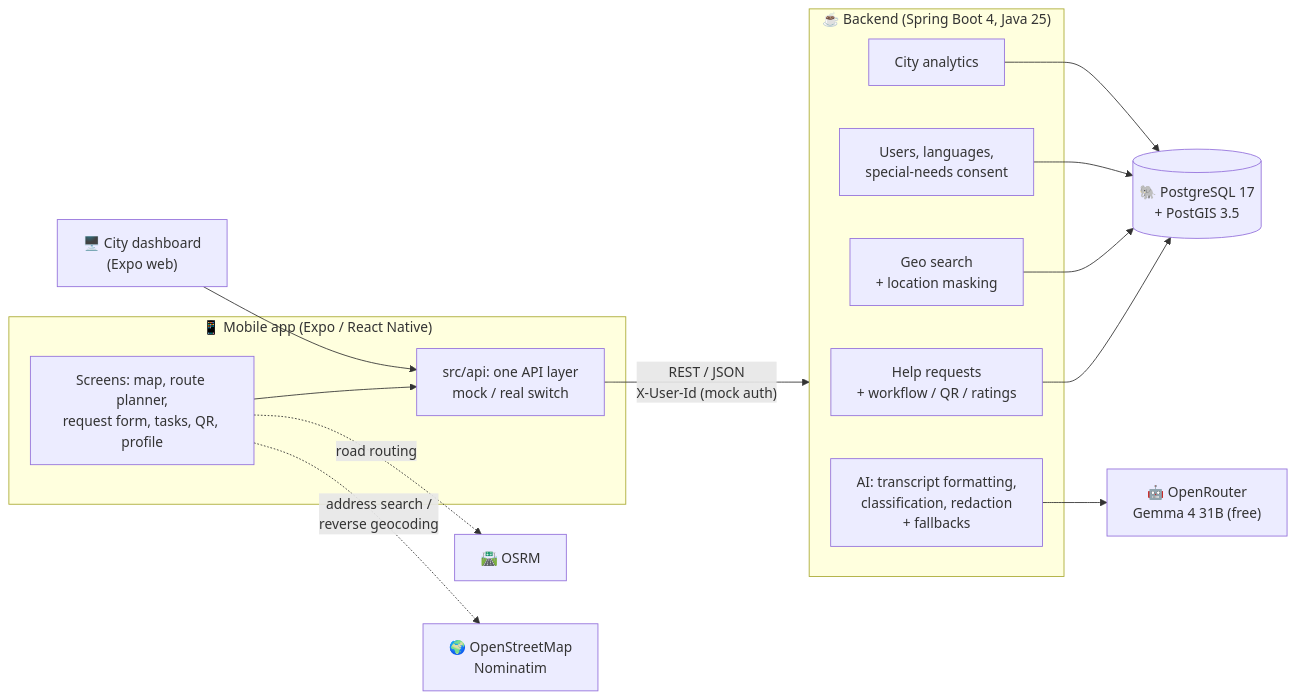
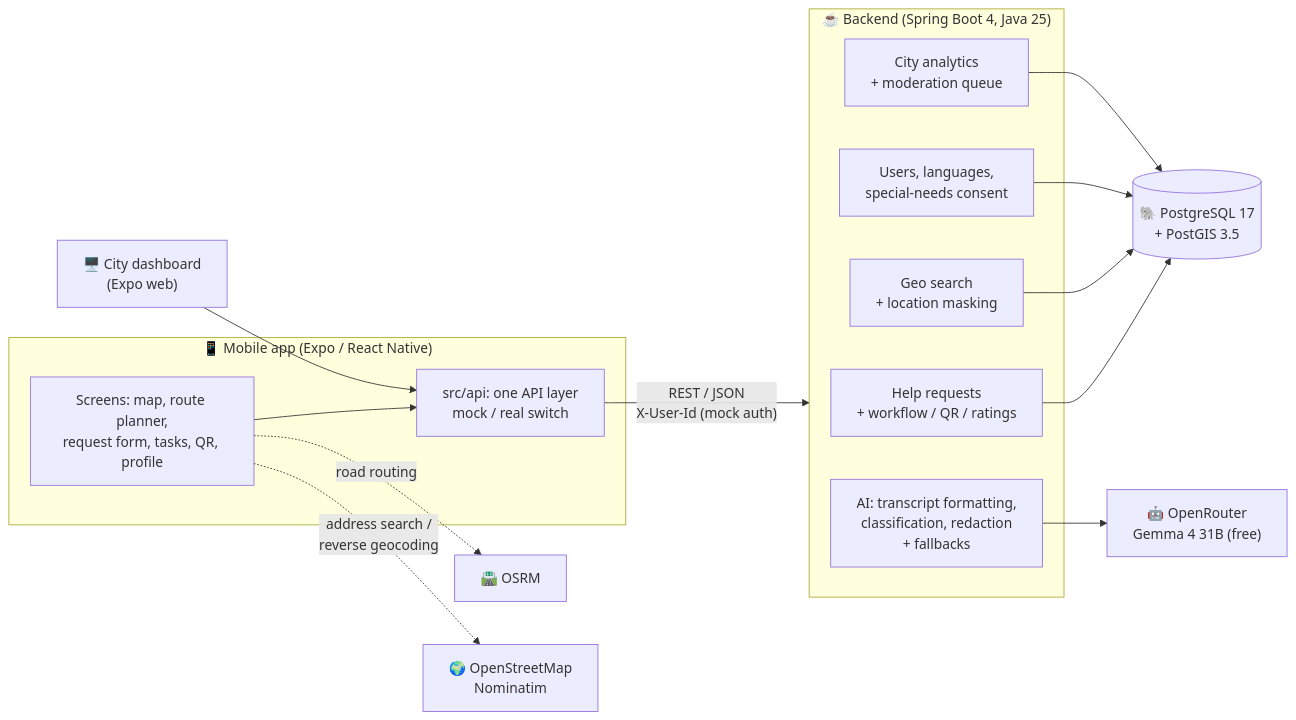
One commit to Szymek887/hackyeah-2026 changed the diagram in README.md. Above: the diagram before and after it, drawn with Mermaid. The commit also changed other lines of this file, not shown here.

First line of the commit message:
docs(readme): describe the city dashboard and moderation queue

````diff
--- a/README.md
+++ b/README.md
@@ -54,28 +56,28 @@
 ```mermaid
 flowchart LR
     subgraph Mobile["📱 Mobile app (Expo / React Native)"]
         UI[Screens: map, route planner,<br/>request form, tasks, QR, profile]
         API[src/api: one API layer<br/>mock / real switch]
         UI --> API
     end
     Web["🖥️ City dashboard<br/>(Expo web)"] --> API
 
     API -- "REST / JSON<br/>X-User-Id (mock auth)" --> BE
 
     subgraph BE["☕ Backend (Spring Boot 4, Java 25)"]
         HR[Help requests<br/>+ workflow / QR / ratings]
         GEO[Geo search<br/>+ location masking]
         AI[AI: transcript formatting,<br/>classification, redaction<br/>+ fallbacks]
         US[Users, languages,<br/>special-needs consent]
-        AN[City analytics]
+        AN[City analytics<br/>+ moderation queue]
     end
 
     HR --> DB[("🐘 PostgreSQL 17<br/>+ PostGIS 3.5")]
     GEO --> DB
     US --> DB
     AN --> DB
     AI --> LLM["🤖 OpenRouter<br/>Gemma 4 31B (free)"]
 
     UI -. "road routing" .-> OSRM["🛣️ OSRM"]
     UI -. "address search /<br/>reverse geocoding" .-> OSM["🌍 OpenStreetMap<br/>Nominatim"]
 ```
````
